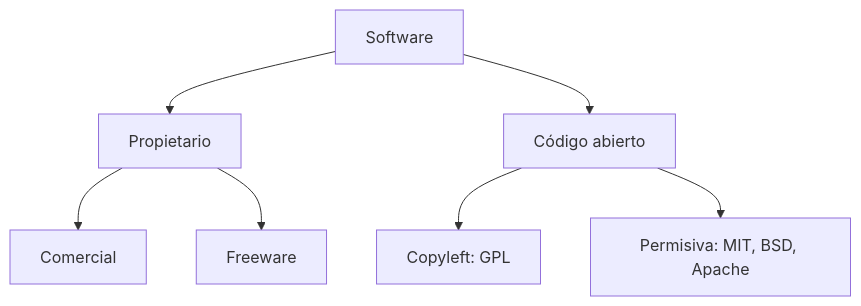
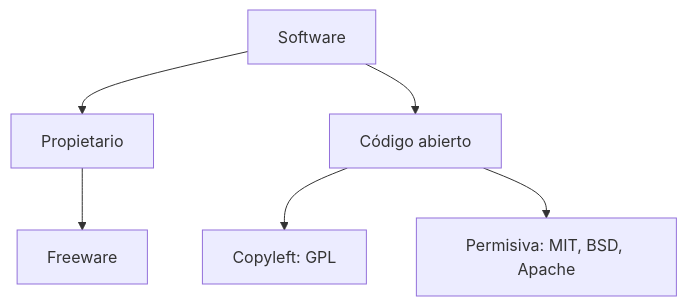
The first of 2 diagrams in UD2/Teoria/03-familias-licencias-y-eleccion.md (davidmolinafernadez/DAM-SI), drawn with Mermaid before and after one commit. The commit also changed other lines of this file and 11 other files, not shown here.

````diff
--- a/UD2/Teoria/03-familias-licencias-y-eleccion.md
+++ b/UD2/Teoria/03-familias-licencias-y-eleccion.md
@@ -49,9 +49,8 @@
 ```mermaid
 flowchart TD
     SW["Software"] --> PROP["Propietario"]
     SW --> OPEN["Código abierto"]
-    PROP --> COMM["Comercial"]
     PROP --> FREEWARE["Freeware"]
     OPEN --> COPYLEFT["Copyleft: GPL"]
     OPEN --> PERM["Permisiva: MIT, BSD, Apache"]
 ```
````
